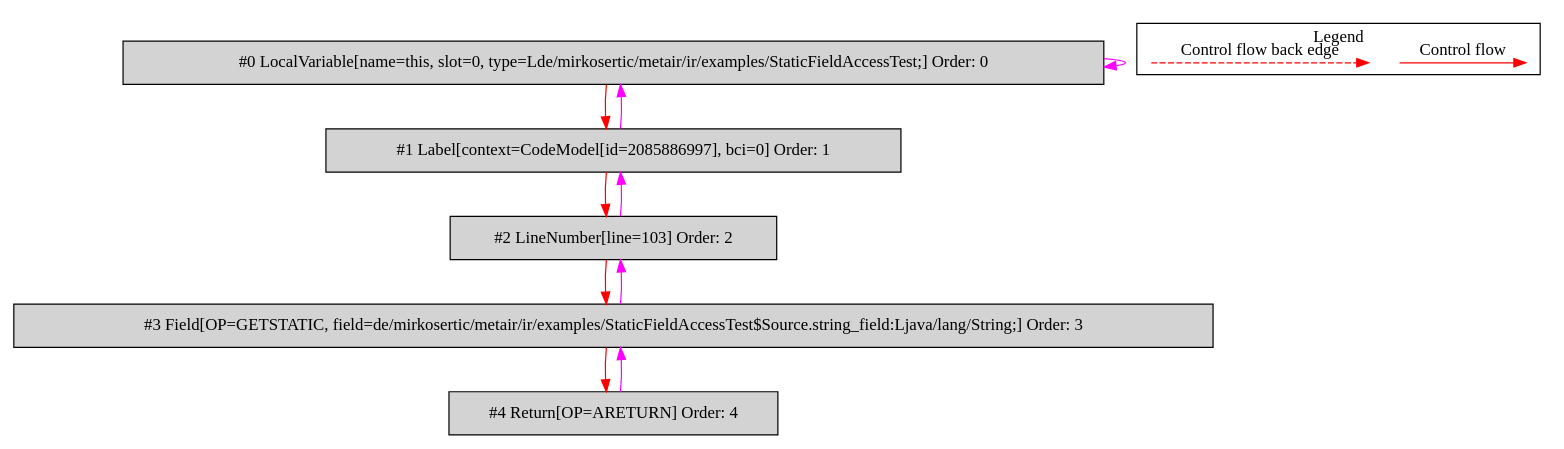
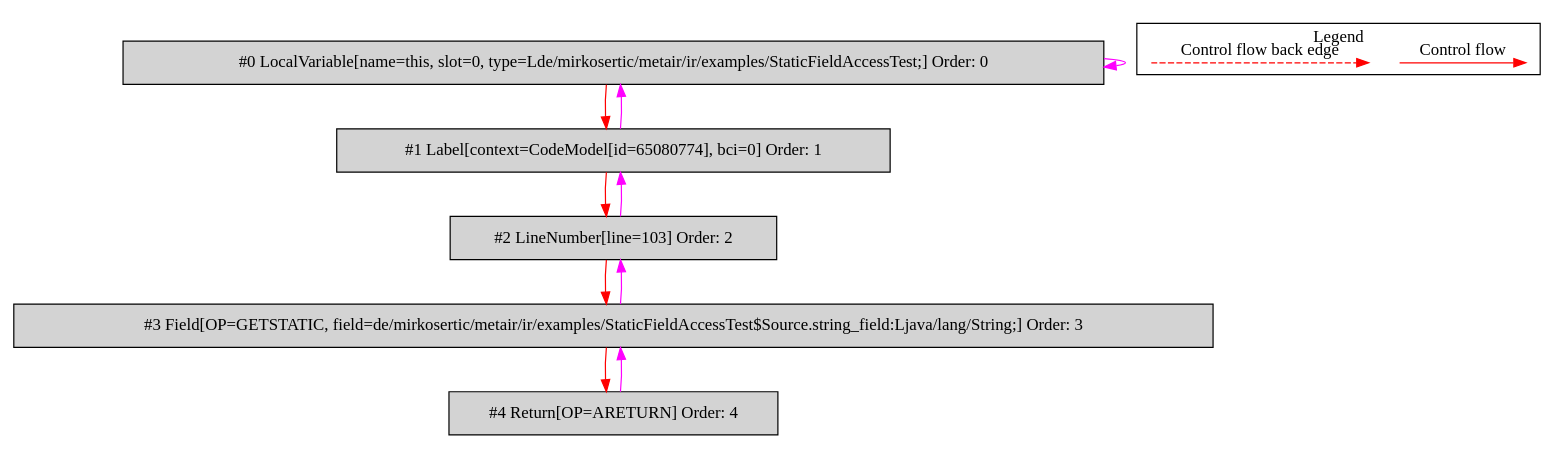
The diagram in de.mirkosertic.metair.ir.examples.StaticFieldAccessTest/return_string/bytecodecfg.dot (mirkosertic/MetaIR), drawn with Graphviz before and after one commit. The commit also changed 1233 other files, not shown here.

```diff
--- a/de.mirkosertic.metair.ir.examples.StaticFieldAccessTest/return_string/bytecodecfg.dot
+++ b/de.mirkosertic.metair.ir.examples.StaticFieldAccessTest/return_string/bytecodecfg.dot
@@ -1,31 +1,31 @@
 digraph {
  ordering="in";
  node0[label="#0 LocalVariable[name=this, slot=0, type=Lde/mirkosertic/metair/ir/examples/StaticFieldAccessTest;] Order: 0", shape=box, fillcolor=lightgrey, style=filled];
- node1[label="#1 Label[context=CodeModel[id=2085886997], bci=0] Order: 1", shape=box, fillcolor=lightgrey, style=filled];
+ node1[label="#1 Label[context=CodeModel[id=65080774], bci=0] Order: 1", shape=box, fillcolor=lightgrey, style=filled];
  node2[label="#2 LineNumber[line=103] Order: 2", shape=box, fillcolor=lightgrey, style=filled];
  node3[label="#3 Field[OP=GETSTATIC, field=de/mirkosertic/metair/ir/examples/StaticFieldAccessTest$Source.string_field:Ljava/lang/String;] Order: 3", shape=box, fillcolor=lightgrey, style=filled];
  node4[label="#4 Return[OP=ARETURN] Order: 4", shape=box, fillcolor=lightgrey, style=filled];
  node0 -> node0[color=fuchsia];
  node0 -> node1[color=red];
  node1 -> node0[color=fuchsia];
  node1 -> node2[color=red];
  node2 -> node1[color=fuchsia];
  node2 -> node3[color=red];
  node3 -> node2[color=fuchsia];
  node3 -> node4[color=red];
  node4 -> node3[color=fuchsia];
  subgraph cluster_000 {
   label = "Legend";
   node [shape=point]
   {
    rank=same;
    c0 [style = invis];
    c1 [style = invis];
    c2 [style = invis];
    c3 [style = invis];
   }
   c0 -> c1 [label="Control flow", style=solid, color=red]
   c2 -> c3 [label="Control flow back edge", style=dashed, color=red]
  }
 
 }
```
